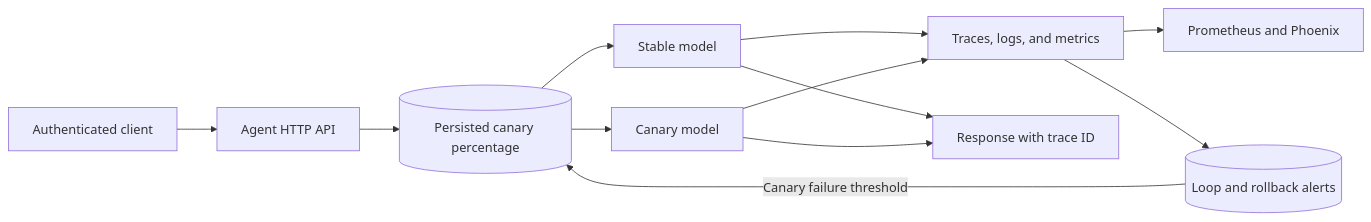
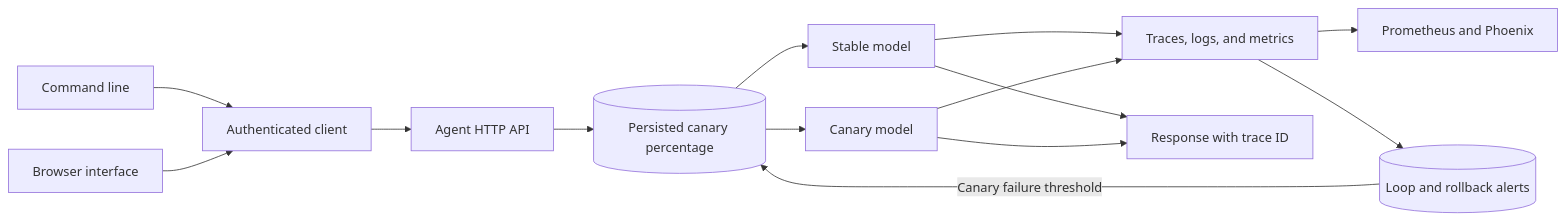
One commit to kh-bikash/observable-production-agent changed the diagram in README.md. Above: the diagram before and after it, drawn with Mermaid. The commit also changed other lines of this file and 8 other files, not shown here.

Commit message:
Ship runnable CLI and browser product

````diff
--- a/README.md
+++ b/README.md
@@ -48,14 +50,16 @@
 ```mermaid
 flowchart LR
+    CLI[Command line] --> Client
+    Browser[Browser interface] --> Client
     Client[Authenticated client] --> API[Agent HTTP API]
     API --> Rollout[(Persisted canary percentage)]
     Rollout --> Stable[Stable model]
     Rollout --> Canary[Canary model]
     Stable --> Telemetry[Traces, logs, and metrics]
     Canary --> Telemetry
     Telemetry --> Dashboard[Prometheus and Phoenix]
     Telemetry --> Alerts[(Loop and rollback alerts)]
     Alerts -->|Canary failure threshold| Rollout
     Stable --> Response[Response with trace ID]
     Canary --> Response
 ```
````
